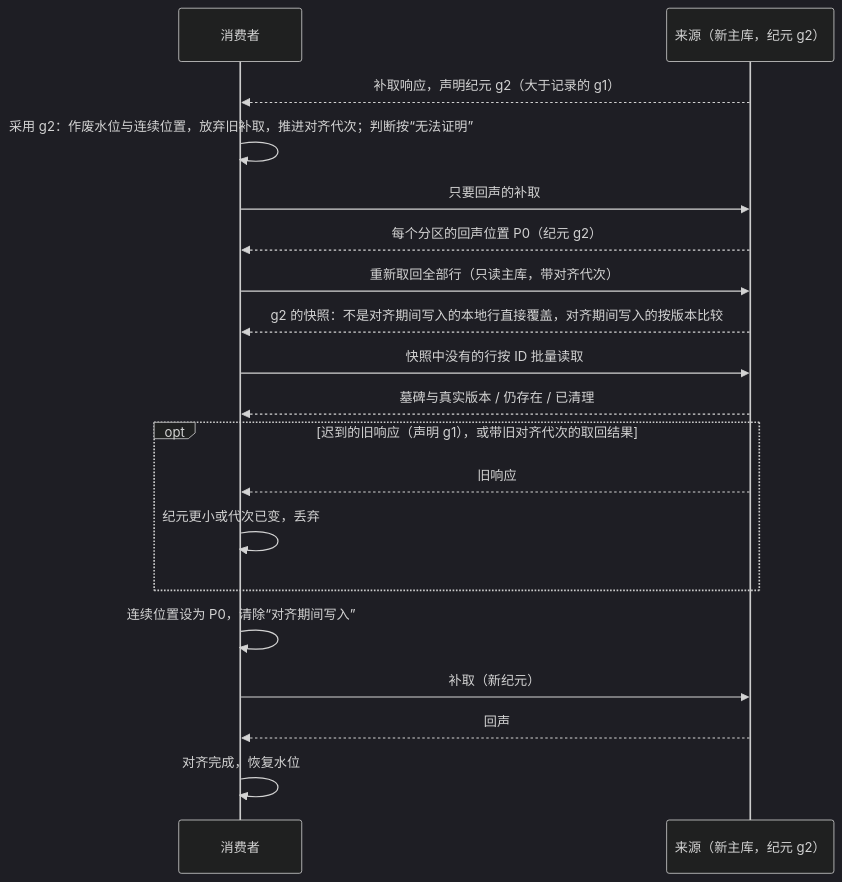
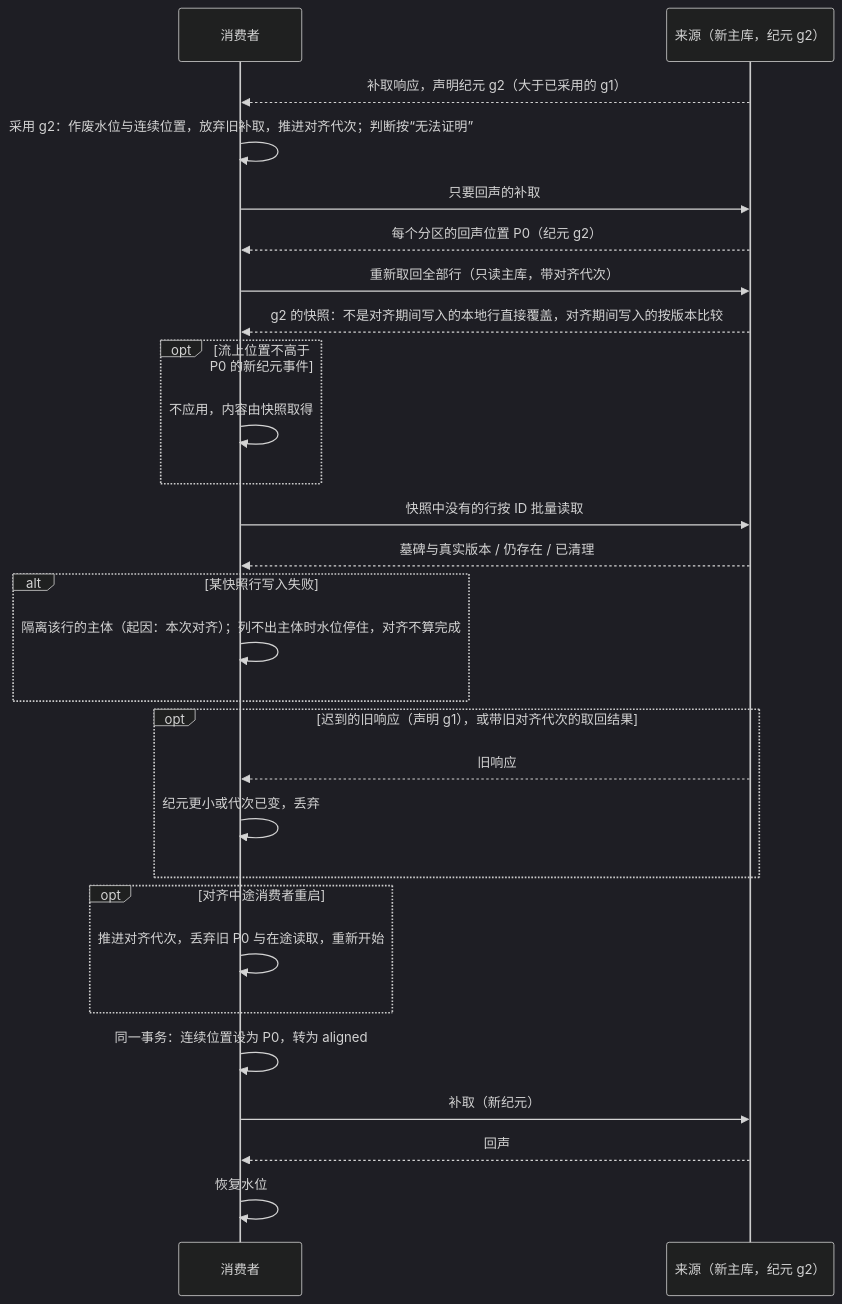
Before and after one commit to brickKit/be-assembly-standard: the second of 2 diagrams in tempDocs/final/06-protocols/02-projections.md, drawn with Mermaid (dark theme). The commit also changed other lines of this file and 3 other files, not shown here.

````diff
--- a/tempDocs/final/06-protocols/02-projections.md
+++ b/tempDocs/final/06-protocols/02-projections.md
@@ -182,21 +188,30 @@
 ```mermaid
 sequenceDiagram
     participant C as 消费者
     participant S as 来源（新主库，纪元 g2）
-    S-->>C: 补取响应，声明纪元 g2（大于记录的 g1）
+    S-->>C: 补取响应，声明纪元 g2（大于已采用的 g1）
     C->>C: 采用 g2：作废水位与连续位置，放弃旧补取，推进对齐代次；判断按“无法证明”
     C->>S: 只要回声的补取
     S-->>C: 每个分区的回声位置 P0（纪元 g2）
     C->>S: 重新取回全部行（只读主库，带对齐代次）
     S-->>C: g2 的快照：不是对齐期间写入的本地行直接覆盖，对齐期间写入的按版本比较
+    opt 流上位置不高于 P0 的新纪元事件
+        C->>C: 不应用，内容由快照取得
+    end
     C->>S: 快照中没有的行按 ID 批量读取
     S-->>C: 墓碑与真实版本 / 仍存在 / 已清理
+    alt 某快照行写入失败
+        C->>C: 隔离该行的主体（起因：本次对齐）；列不出主体时水位停住，对齐不算完成
+    end
     opt 迟到的旧响应（声明 g1），或带旧对齐代次的取回结果
         S-->>C: 旧响应
         C->>C: 纪元更小或代次已变，丢弃
     end
-    C->>C: 连续位置设为 P0，清除“对齐期间写入”
+    opt 对齐中途消费者重启
+        C->>C: 推进对齐代次，丢弃旧 P0 与在途读取，重新开始
+    end
+    C->>C: 同一事务：连续位置设为 P0，转为 aligned
     C->>S: 补取（新纪元）
     S-->>C: 回声
-    C->>C: 对齐完成，恢复水位
+    C->>C: 恢复水位
 ```
````
